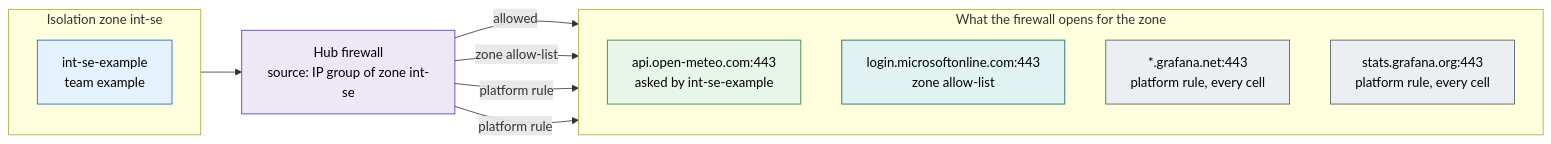
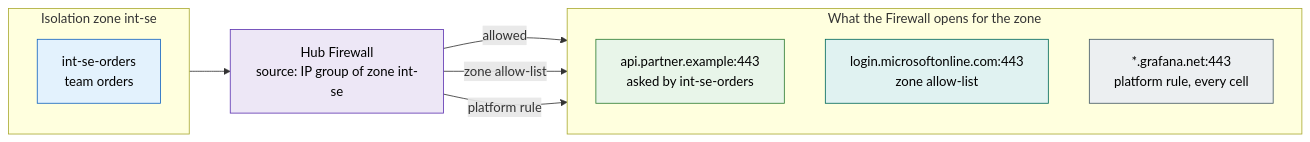
The diagram in diagrams/5.3-example-zone.mmd (onek8s/onek8s.github.io), drawn with Mermaid before and after one commit. The commit also changed 40 other files, not shown here.

```diff
--- a/diagrams/5.3-example-zone.mmd
+++ b/diagrams/5.3-example-zone.mmd
@@ -1,33 +1,31 @@
-%% Example of a generated per-zone picture (section 5.3): zone int-se on the dev lab's node-subnet cell az3 (2026-10-17):
-%% the applications' own rules, the zone allow-list and the exposure's platform rules, what the firewall opens for the zone.
+%% Example of a generated per-zone picture (section 5.3): zone int-se of an internal dev cell - the applications' own
+%% rules, the zone allow-list and the exposure's platform rules, what the Firewall opens for the zone. Names are examples.
 flowchart LR
     subgraph Z["Isolation zone int-se"]
         direction TB
-        a_int_se_example["int-se-example<br/>team example"]
+        a_int_se_orders["int-se-orders<br/>team orders"]
     end
-    fw["Hub firewall<br/>source: IP group of zone int-se"]
-    subgraph OUT["What the firewall opens for the zone"]
+    fw["Hub Firewall<br/>source: IP group of zone int-se"]
+    subgraph OUT["What the Firewall opens for the zone"]
         direction TB
-        d_api_open_meteo_com["api.open-meteo.com:443<br/>asked by int-se-example"]
+        d_api_partner_example["api.partner.example:443<br/>asked by int-se-orders"]
         z_login_microsoftonline_com["login.microsoftonline.com:443<br/>zone allow-list"]
         p___grafana_net["*.grafana.net:443<br/>platform rule, every cell"]
-        p_stats_grafana_org["stats.grafana.org:443<br/>platform rule, every cell"]
     end
-    a_int_se_example --> fw
-    fw -->|"allowed"| d_api_open_meteo_com
+    a_int_se_orders --> fw
+    fw -->|"allowed"| d_api_partner_example
     fw -->|"zone allow-list"| z_login_microsoftonline_com
     fw -->|"platform rule"| p___grafana_net
-    fw -->|"platform rule"| p_stats_grafana_org
     classDef ns fill:#e3f2fd,stroke:#1565c0,color:#000
     classDef platform fill:#eceff1,stroke:#455a64,color:#000
     classDef fw fill:#ede7f6,stroke:#5e35b1,color:#000
     classDef allowed fill:#e8f5e9,stroke:#2e7d32,color:#000
     classDef unexplained fill:#fff8e1,stroke:#ef6c00,color:#000
     classDef missing fill:#ffebee,stroke:#c62828,color:#000,stroke-dasharray: 5 5
     classDef proposed fill:#f3e5f5,stroke:#7b1fa2,color:#000,stroke-dasharray: 5 5
     classDef zone fill:#e0f2f1,stroke:#00695c,color:#000
     class fw fw
-    class a_int_se_example ns
-    class d_api_open_meteo_com allowed
+    class a_int_se_orders ns
+    class d_api_partner_example allowed
     class z_login_microsoftonline_com zone
-    class p___grafana_net,p_stats_grafana_org platform
+    class p___grafana_net platform
```
